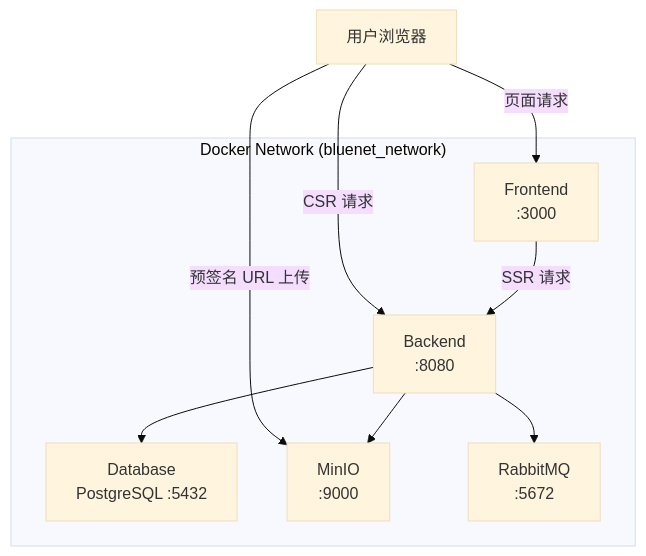
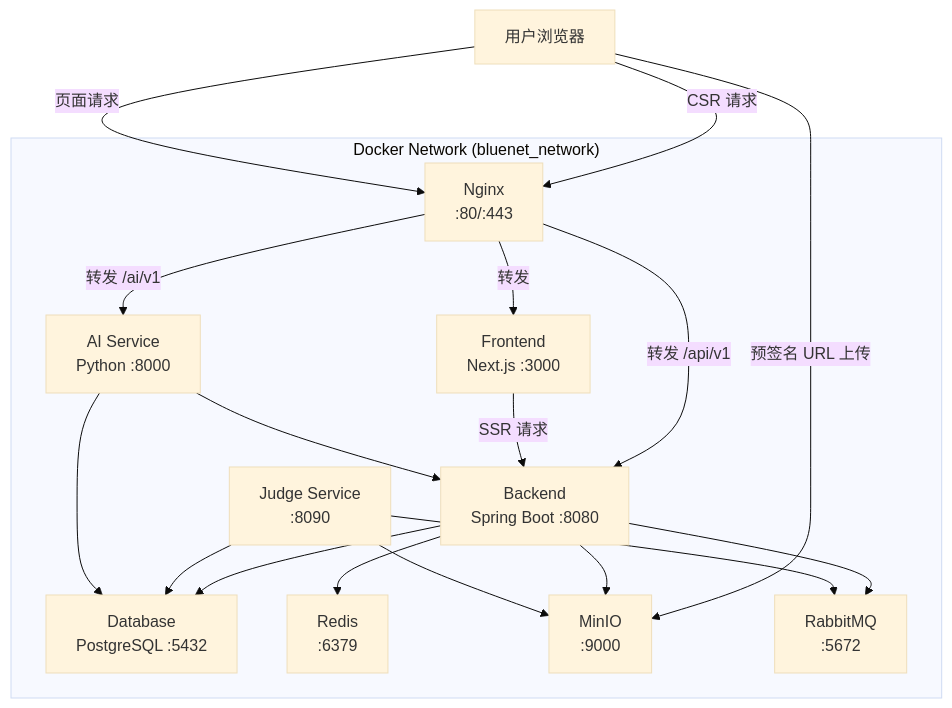
Before and after one commit to Blue-Net-Team/official-web2: the diagram in docs/04-运维部署/04-02-Docker部署.md, drawn with Mermaid (base theme). The commit also changed other lines of this file and 5 other files, not shown here.

````diff
--- a/docs/04-运维部署/04-02-Docker部署.md
+++ b/docs/04-运维部署/04-02-Docker部署.md
@@ -5,19 +5,32 @@
 ```mermaid
 flowchart TB
     subgraph Network["Docker Network (bluenet_network)"]
-        Frontend["Frontend\n:3000"]
-        Backend["Backend\n:8080"]
-        Database["Database\nPostgreSQL :5432"]
-        MinIO["MinIO\n:9000"]
-        RabbitMQ["RabbitMQ\n:5672"]
+        Nginx["Nginx<br/>:80/:443"]
+        Frontend["Frontend<br/>Next.js :3000"]
+        Backend["Backend<br/>Spring Boot :8080"]
+        Judge["Judge Service<br/>:8090"]
+        AI["AI Service<br/>Python :8000"]
+        Database["Database<br/>PostgreSQL :5432"]
+        Redis["Redis<br/>:6379"]
+        MinIO["MinIO<br/>:9000"]
+        RabbitMQ["RabbitMQ<br/>:5672"]
     end
 
     Browser["用户浏览器"]
-    Browser -- "CSR 请求" --> Backend
-    Browser -- "页面请求" --> Frontend
+    Browser -- "CSR 请求" --> Nginx
+    Browser -- "页面请求" --> Nginx
     Browser -- "预签名 URL 上传" --> MinIO
+    Nginx -- "转发" --> Frontend
+    Nginx -- "转发 /api/v1" --> Backend
+    Nginx -- "转发 /ai/v1" --> AI
     Frontend -- "SSR 请求" --> Backend
     Backend --> Database
+    Backend --> Redis
+    Backend --> RabbitMQ
     Backend --> MinIO
-    Backend --> RabbitMQ
+    Judge --> RabbitMQ
+    Judge --> MinIO
+    Judge --> Database
+    AI --> Database
+    AI --> Backend
 ```
````
